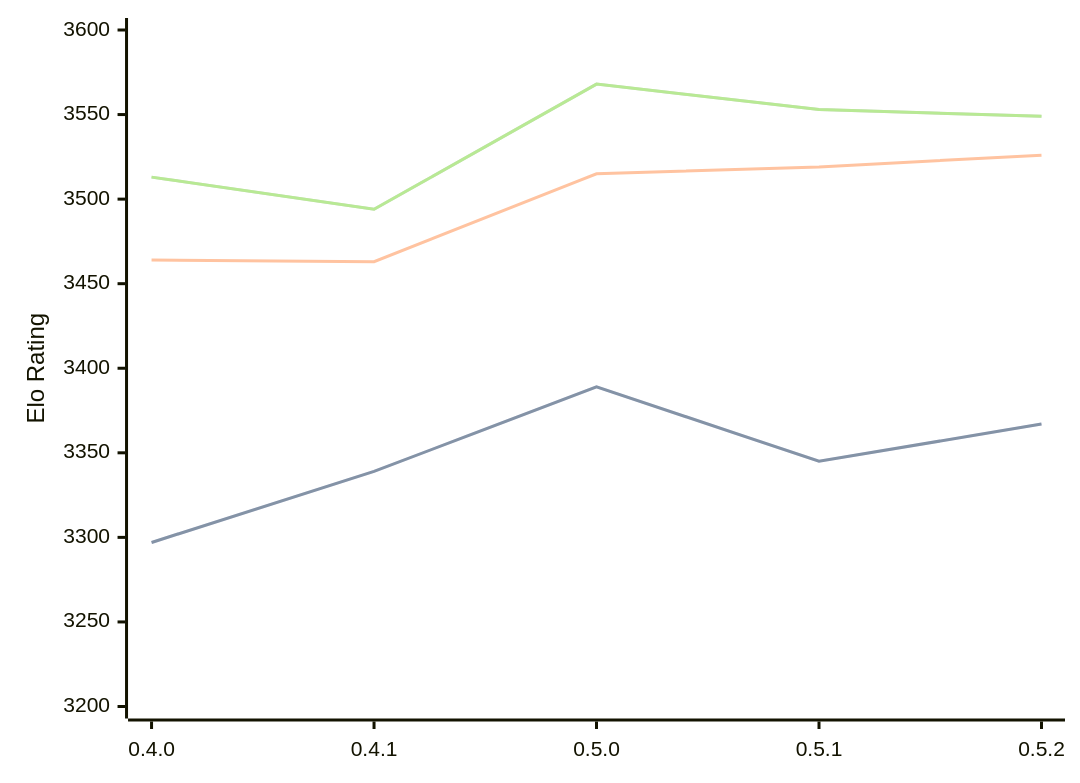
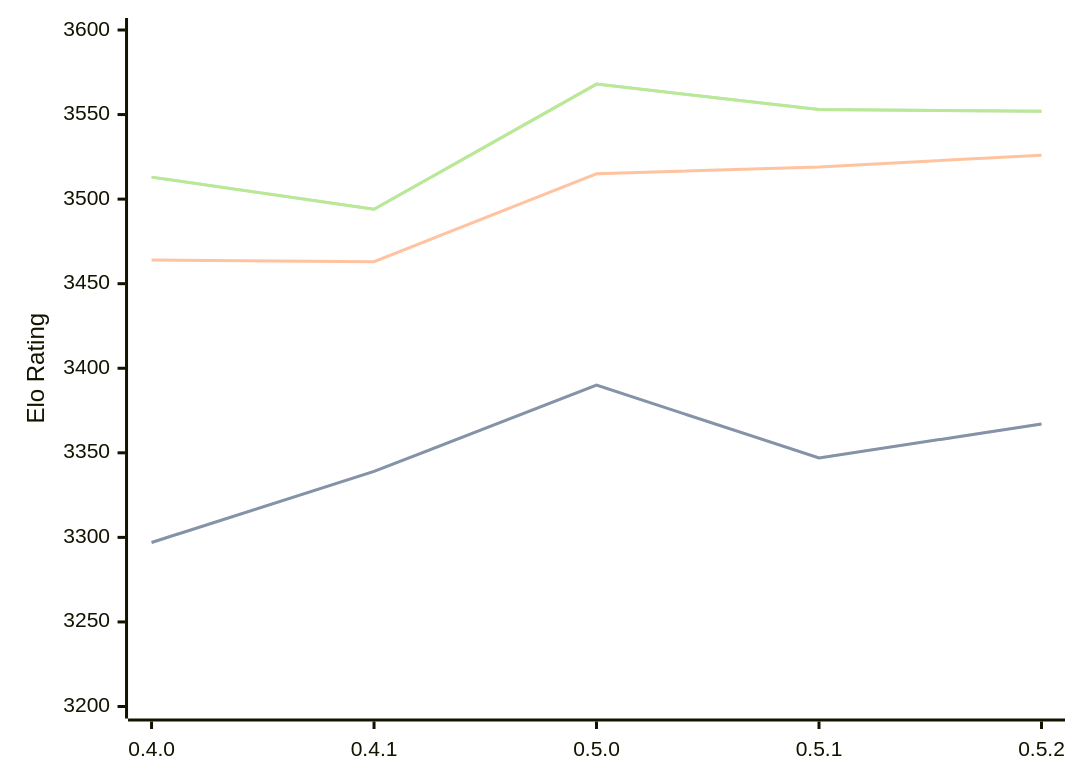
Before and after one commit to computer-chess-index/cci: the diagram in engines/Cinder.md, drawn with Mermaid. The commit also changed other lines of this file, not shown here.

Commit message:
Update CCI Ratings (ELO VLTC) - 2026-07-22

````diff
--- a/engines/Cinder.md
+++ b/engines/Cinder.md
@@ -43,11 +43,11 @@
 ```mermaid
 %%{init: {"theme":"base","themeVariables":{"seriesColors:['#a3a3a3','#222221','#faa371']}}}%%
 xychart-beta
   x-axis ["0.4.0", "0.4.1", "0.5.0", "0.5.1", "0.5.2"]
   y-axis "Elo Rating" 3200 --> 3600
-  line "STC (8.0+0.08s)" [3297, 3339, 3389, 3345, 3367]
-  line "STC (8.0+0.08s)" [3297, 3339, 3389, 3345, 3367]
+  line "STC (8.0+0.08s)" [3297, 3339, 3390, 3347, 3367]
+  line "STC (8.0+0.08s)" [3297, 3339, 3390, 3347, 3367]
   line "LTC (60.0+0.60s)" [3464, 3463, 3515, 3519, 3526]
-  line "VLTC (2m24s+1.12s)" [3513, 3494, 3568, 3553, 3549]
-  line "VLTC (2m24s+1.12s)" [3513, 3494, 3568, 3553, 3549]
+  line "VLTC (2m24s+1.12s)" [3513, 3494, 3568, 3553, 3552]
+  line "VLTC (2m24s+1.12s)" [3513, 3494, 3568, 3553, 3552]
 ```
````
